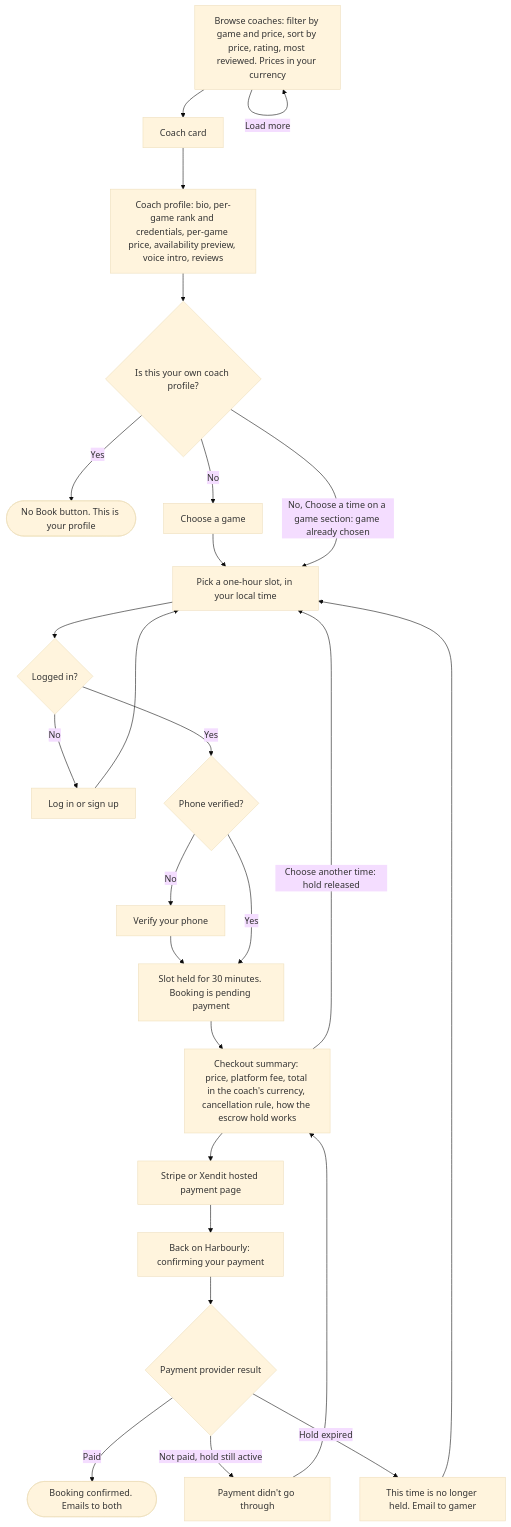
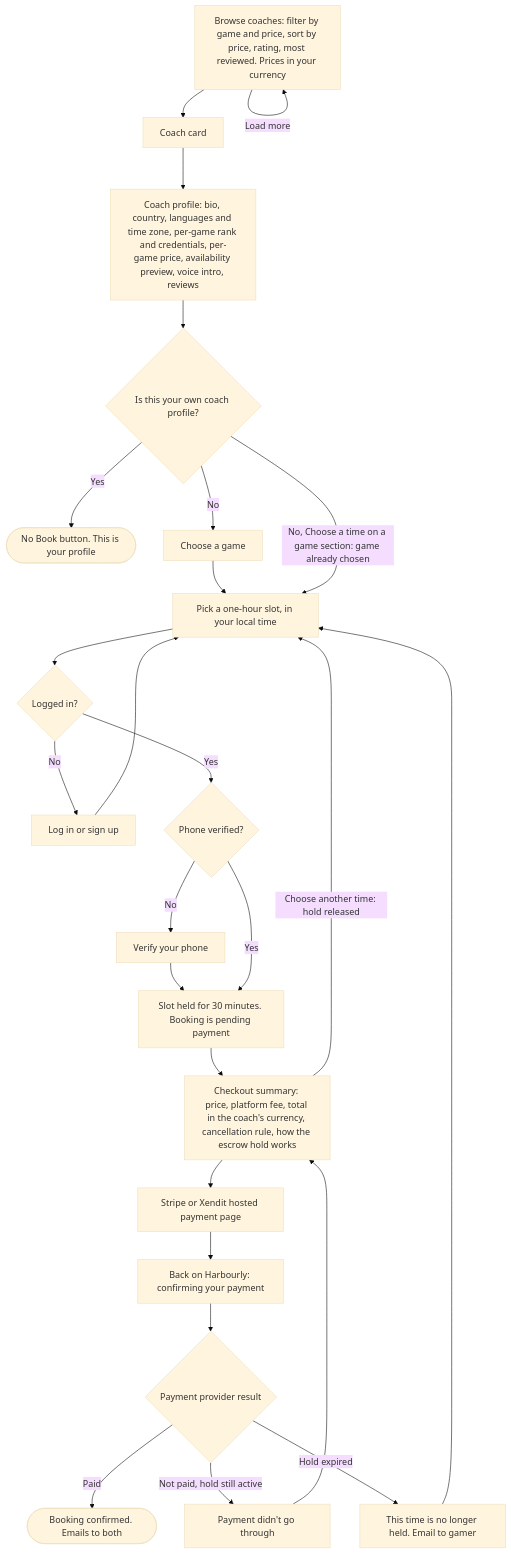
The third of 13 diagrams in design/USER-FLOW.md (ILoveWaterSm/Harbourly-Waitlist-2.0), drawn with Mermaid (base theme) before and after one commit. The commit also changed other lines of this file and 17 other files, not shown here.

First line of the commit message:
Browse: one coach card per row with bio, flag, languages, time zone and next free; taller top nav

````diff
--- a/design/USER-FLOW.md
+++ b/design/USER-FLOW.md
@@ -103,28 +103,28 @@
 ```mermaid
 flowchart TD
   Browse["Browse coaches: filter by game and price, sort by price, rating, most reviewed. Prices in your currency"] --> Card["Coach card"]
   Browse -->|"Load more"| Browse
-  Card --> Profile["Coach profile: bio, per-game rank and credentials, per-game price, availability preview, voice intro, reviews"]
+  Card --> Profile["Coach profile: bio, country, languages and time zone, per-game rank and credentials, per-game price, availability preview, voice intro, reviews"]
   Profile --> Own{"Is this your own coach profile?"}
   Own -->|"Yes"| NoBook(["No Book button. This is your profile"])
   Own -->|"No"| Game["Choose a game"]
   Game --> Slot["Pick a one-hour slot, in your local time"]
   Own -->|"No, Choose a time on a game section: game already chosen"| Slot
   Slot --> LoggedIn{"Logged in?"}
   LoggedIn -->|"No"| Auth["Log in or sign up"]
   Auth --> Slot
   LoggedIn -->|"Yes"| Phone{"Phone verified?"}
   Phone -->|"No"| VerifyPhone["Verify your phone"]
   VerifyPhone --> Hold
   Phone -->|"Yes"| Hold["Slot held for 30 minutes. Booking is pending payment"]
   Hold --> Summary["Checkout summary: price, platform fee, total in the coach's currency, cancellation rule, how the escrow hold works"]
   Summary --> Hosted["Stripe or Xendit hosted payment page"]
   Summary -->|"Choose another time: hold released"| Slot
   Hosted --> Back["Back on Harbourly: confirming your payment"]
   Back --> Result{"Payment provider result"}
   Result -->|"Paid"| Confirmed(["Booking confirmed. Emails to both"])
   Result -->|"Not paid, hold still active"| Failed["Payment didn't go through"]
   Failed --> Summary
   Result -->|"Hold expired"| Expired["This time is no longer held. Email to gamer"]
   Expired --> Slot
 ```
````
